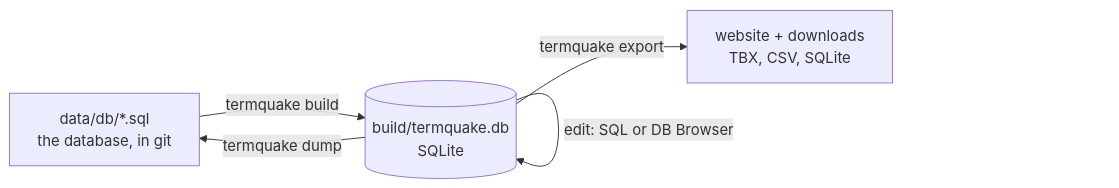
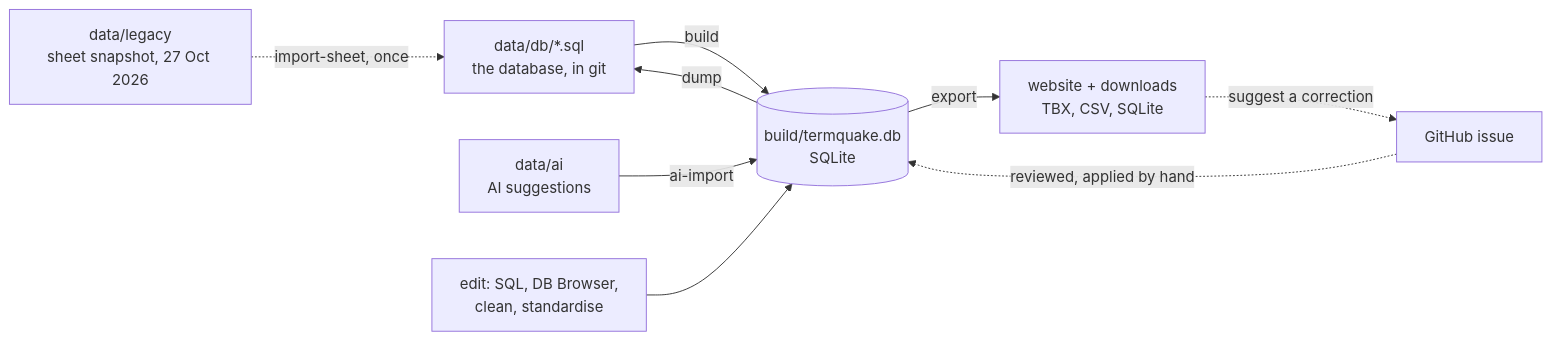
Before and after one commit to ysfztpp/TermQuake: the second of 2 diagrams in README.md, drawn with Mermaid. The commit also changed other lines of this file and 3 other files, not shown here.

First line of the commit message:
Update the README and diagrams for the current site and data

````diff
--- a/README.md
+++ b/README.md
@@ -30,7 +66,11 @@
 ```mermaid
 flowchart LR
-  D[data/db/*.sql<br/>the database, in git] -->|termquake build| B[(build/termquake.db<br/>SQLite)]
-  B -->|edit: SQL or DB Browser| B
-  B -->|termquake dump| D
-  B -->|termquake export| E[website + downloads<br/>TBX, CSV, SQLite]
+  S[data/legacy<br/>sheet snapshot, 27 Oct 2026] -.->|import-sheet, once| D
+  AI[data/ai<br/>AI suggestions] -->|ai-import| B
+  D[data/db/*.sql<br/>the database, in git] -->|build| B[(build/termquake.db<br/>SQLite)]
+  T[edit: SQL, DB Browser,<br/>clean, standardise] --> B
+  B -->|dump| D
+  B -->|export| E[website + downloads<br/>TBX, CSV, SQLite]
+  E -.->|"suggest a correction"| I[GitHub issue]
+  I -.->|reviewed, applied by hand| B
 ```
````
